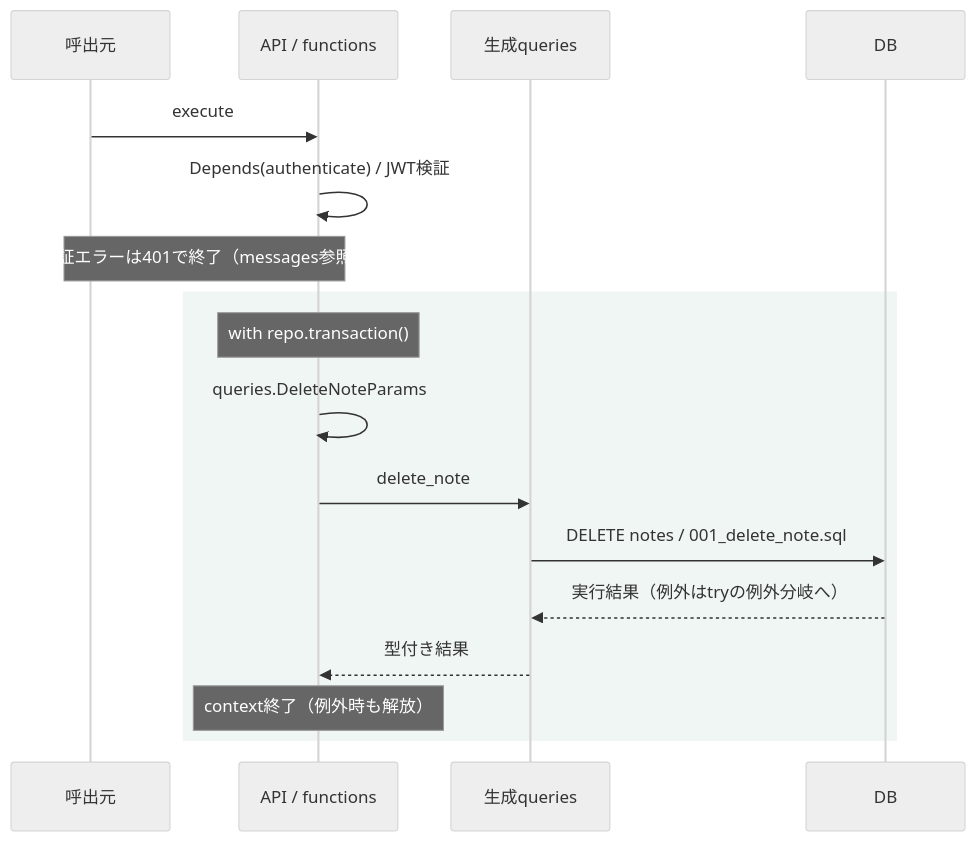
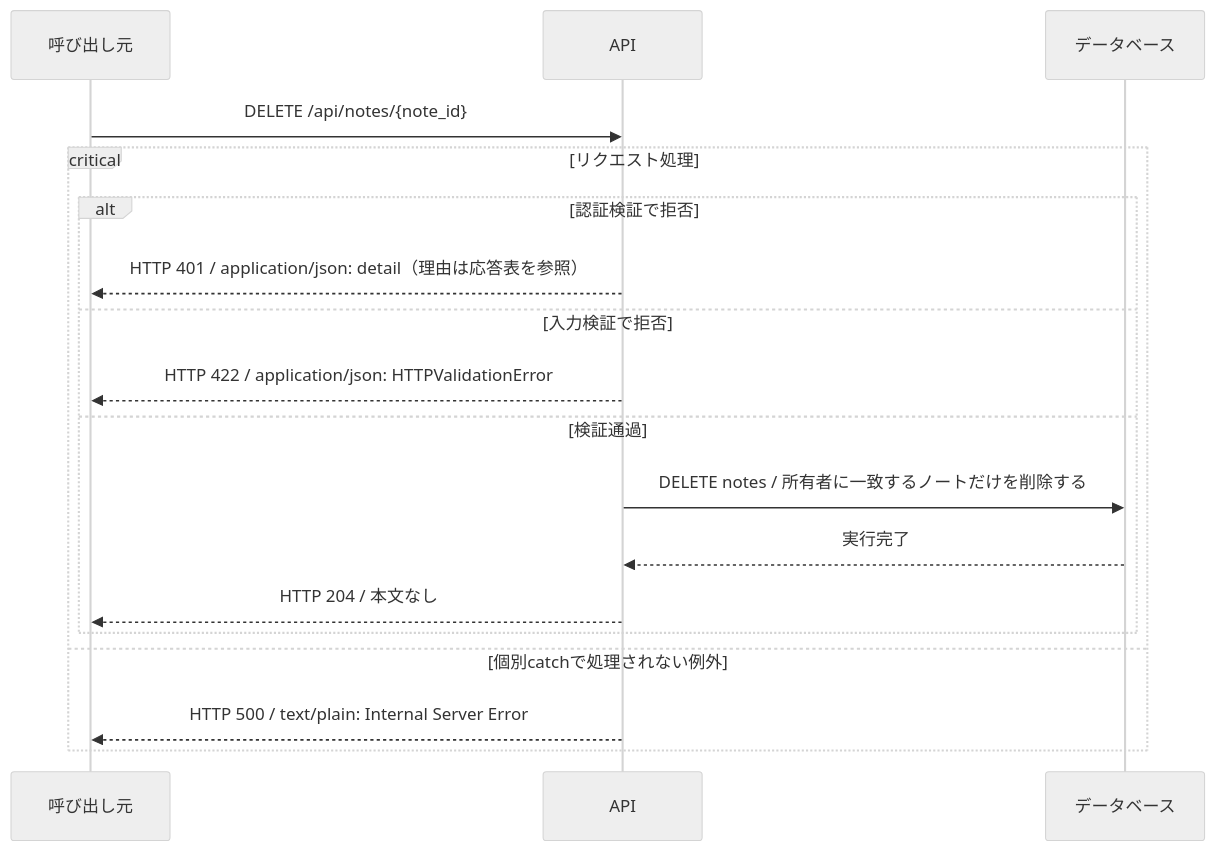
Before and after one commit to tsuji-tomonori/CornellNoteWebv2: the diagram in docs/generated/apis/delete_note/sequence.gen.md, drawn with Mermaid (neutral theme). The commit also changed other lines of this file and 30 other files, not shown here.

First line of the commit message:
📝 docs(sequence): API・DB・呼出元の分岐とHTTP応答を明確にする

````diff
--- a/docs/generated/apis/delete_note/sequence.gen.md
+++ b/docs/generated/apis/delete_note/sequence.gen.md
@@ -13,19 +22,20 @@
 ```mermaid
 sequenceDiagram
-    participant C as 呼出元
-    participant A as API / functions
-    participant Q as 生成queries
-    participant D as DB
-    C->>A: execute
-    A->>A: Depends(authenticate) / JWT検証
-    Note over C,A: 認証エラーは401で終了（messages参照）
-    rect rgb(240, 246, 244)
-    Note over A: with repo.transaction()
-    A->>A: queries.DeleteNoteParams
-    A->>Q: delete_note
-    Q->>D: DELETE notes / 001_delete_note.sql
-    D-->>Q: 実行結果（例外はtryの例外分岐へ）
-    Q-->>A: 型付き結果
-    Note over A: context終了（例外時も解放）
+    participant C as 呼び出し元
+    participant A as API
+    participant D as データベース
+    C->>A: DELETE /api/notes/{note_id}
+    critical リクエスト処理
+    alt 認証検証で拒否
+    A-->>C: HTTP 401 / application/json: detail（理由は応答表を参照）
+    else 入力検証で拒否
+    A-->>C: HTTP 422 / application/json: HTTPValidationError
+    else 検証通過
+    A->>D: DELETE notes / 所有者に一致するノートだけを削除する
+    D-->>A: 実行完了
+    A-->>C: HTTP 204 / 本文なし
+    end
+    option 個別catchで処理されない例外
+    A-->>C: HTTP 500 / text/plain: Internal Server Error
     end
 ```
````
